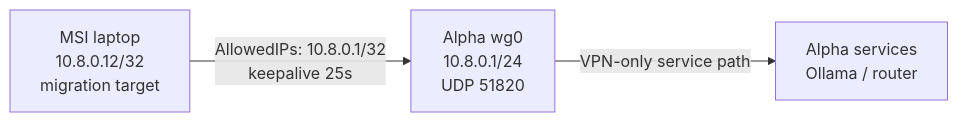
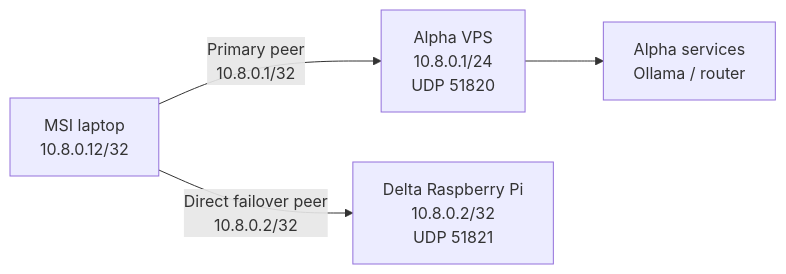
Before and after one commit to Manuel0516/zero-five-handbook: the diagram in content/docs/laptop-msi/wireguard.mdx, drawn with Mermaid. The commit also changed other lines of this file and 2 other files, not shown here.

Commit message:
Document Delta failover topology

````diff
--- a/content/docs/laptop-msi/wireguard.mdx
+++ b/content/docs/laptop-msi/wireguard.mdx
@@ -12,5 +12,6 @@
 ```mermaid
 flowchart LR
-    msi["MSI laptop<br/>10.8.0.12/32<br/>migration target"] -->|"AllowedIPs: 10.8.0.1/32<br/>keepalive 25s"| wg["Alpha wg0<br/>10.8.0.1/24<br/>UDP 51820"]
-    wg -->|"VPN-only service path"| vps["Alpha services<br/>Ollama / router"]
+    msi["MSI laptop<br/>10.8.0.12/32"] -->|"Primary peer<br/>10.8.0.1/32"| alpha["Alpha VPS<br/>10.8.0.1/24<br/>UDP 51820"]
+    msi -->|"Direct failover peer<br/>10.8.0.2/32"| delta["Delta Raspberry Pi<br/>10.8.0.2/32<br/>UDP 51821"]
+    alpha --> services["Alpha services<br/>Ollama / router"]
 ```
````
